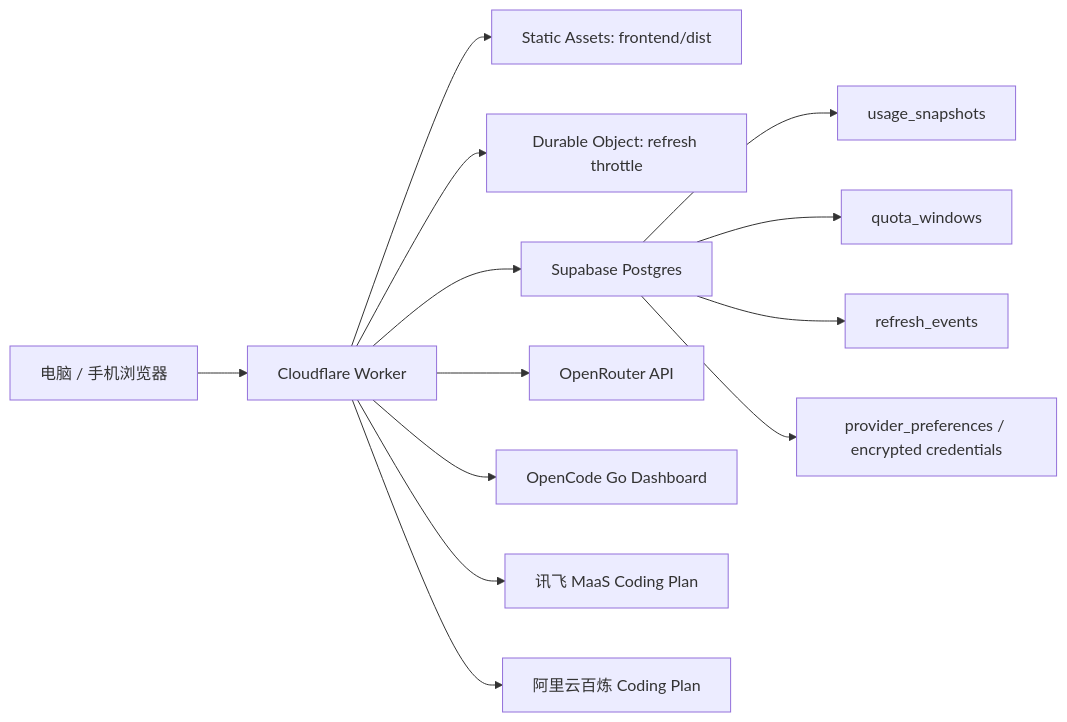
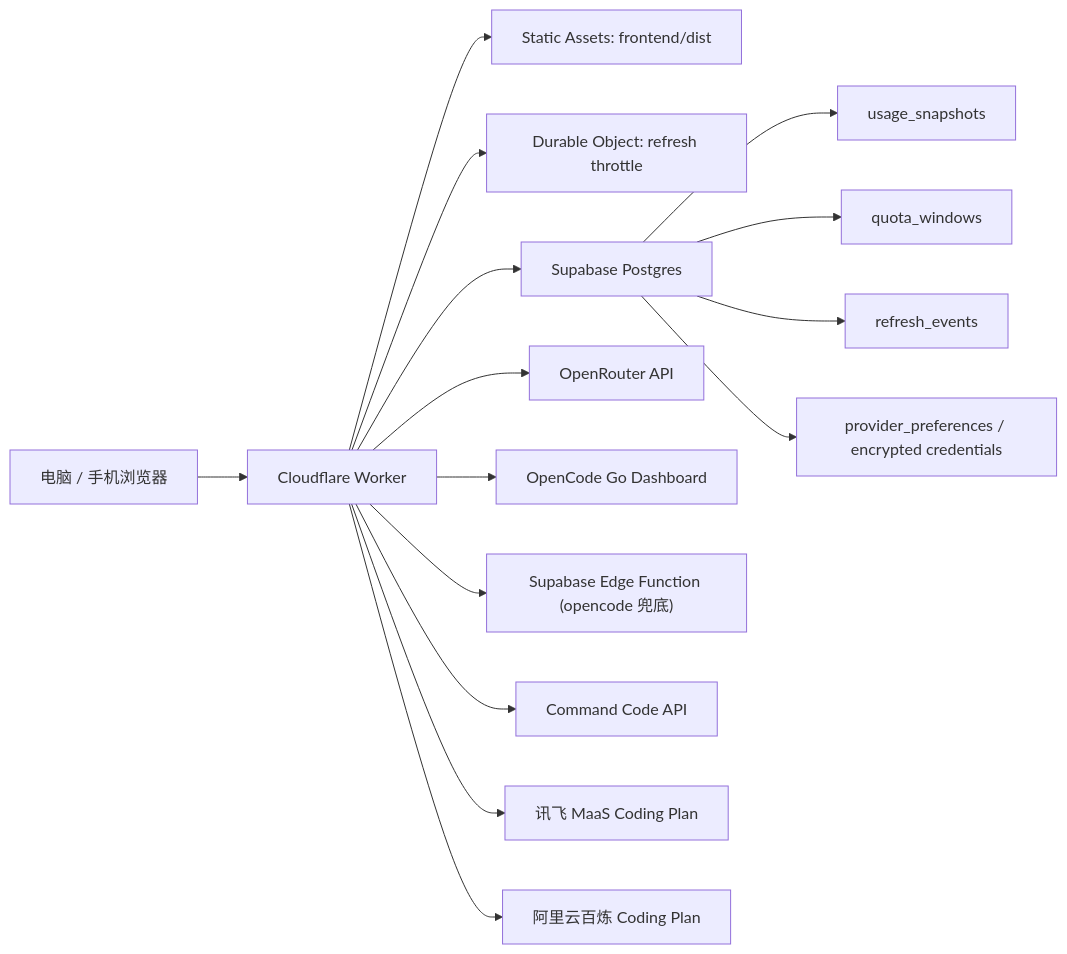
Before and after one commit to jarvislee90s-dot/API-MONITOR: the first of 2 diagrams in README.md, drawn with Mermaid. The commit also changed other lines of this file, not shown here.

Commit message:
docs: 更新 README（Command Code、OpenCode 云端实时化、卡片布局、架构图）

````diff
--- a/README.md
+++ b/README.md
@@ -53,16 +56,18 @@
 ```mermaid
 flowchart LR
   Browser["电脑 / 手机浏览器"] --> Worker["Cloudflare Worker"]
   Worker --> Assets["Static Assets: frontend/dist"]
   Worker --> DO["Durable Object: refresh throttle"]
   Worker --> Supabase["Supabase Postgres"]
   Worker --> OpenRouter["OpenRouter API"]
   Worker --> OpenCode["OpenCode Go Dashboard"]
+  Worker --> EdgeFn["Supabase Edge Function (opencode 兜底)"]
+  Worker --> CommandCode["Command Code API"]
   Worker --> Xfyun["讯飞 MaaS Coding Plan"]
   Worker --> Bailian["阿里云百炼 Coding Plan"]
 
   Supabase --> Snapshots["usage_snapshots"]
   Supabase --> Windows["quota_windows"]
   Supabase --> Events["refresh_events"]
   Supabase --> Settings["provider_preferences / encrypted credentials"]
 ```
````
